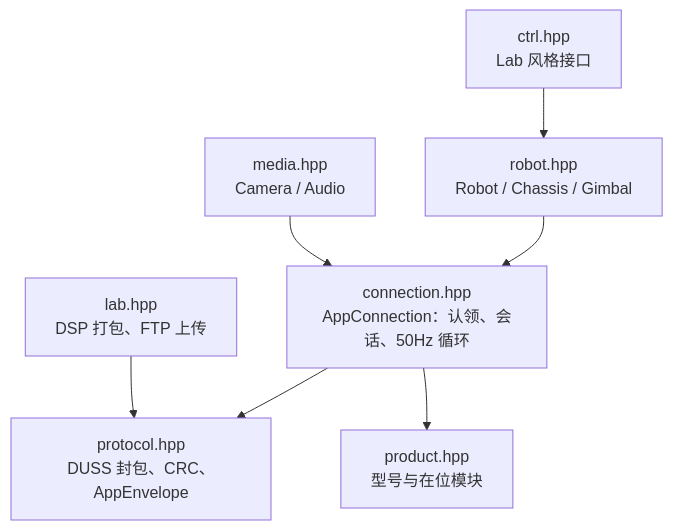
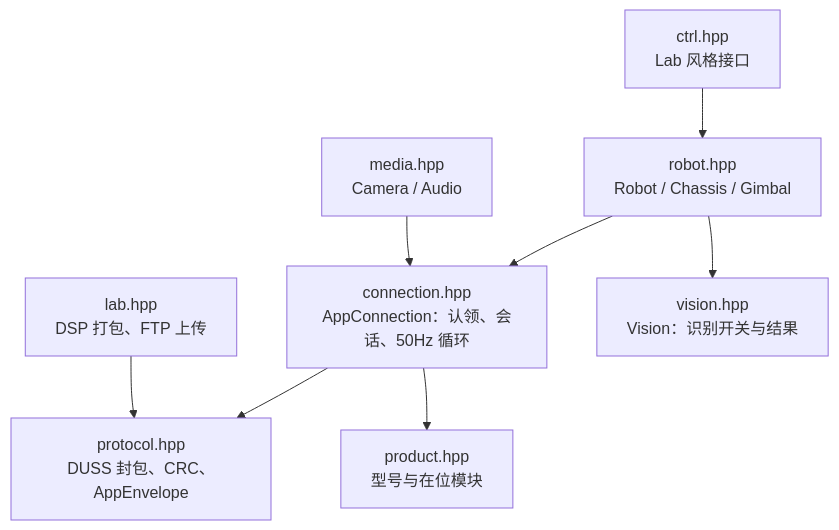
Before and after one commit to ggyy0124-cell/hanppie: the diagram in cpp/README.md, drawn with Mermaid. The commit also changed other lines of this file and 11 other files, not shown here.

````diff
--- a/cpp/README.md
+++ b/cpp/README.md
@@ -112,9 +148,10 @@
 ```mermaid
 flowchart TD
     R["robot.hpp<br/>Robot / Chassis / Gimbal"] --> C["connection.hpp<br/>AppConnection：认领、会话、50Hz 循环"]
     M["media.hpp<br/>Camera / Audio"] --> C
     C --> P["protocol.hpp<br/>DUSS 封包、CRC、AppEnvelope"]
     C --> PR["product.hpp<br/>型号与在位模块"]
     L["lab.hpp<br/>DSP 打包、FTP 上传"] --> P
+    R --> V["vision.hpp<br/>Vision：识别开关与结果"]
     LC["ctrl.hpp<br/>Lab 风格接口"] --> R
 ```
````
